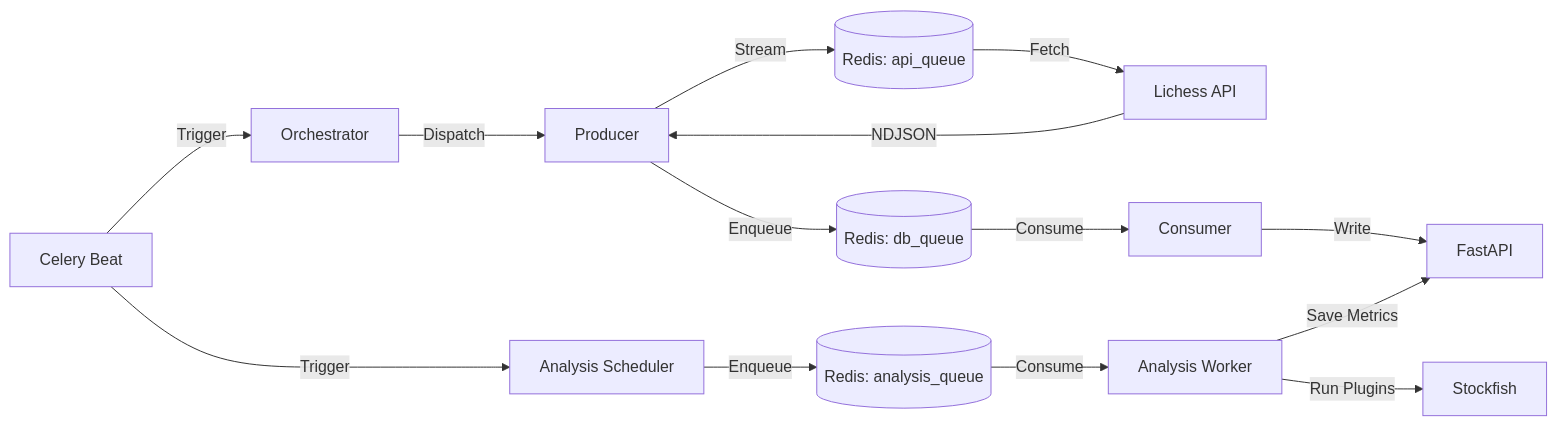
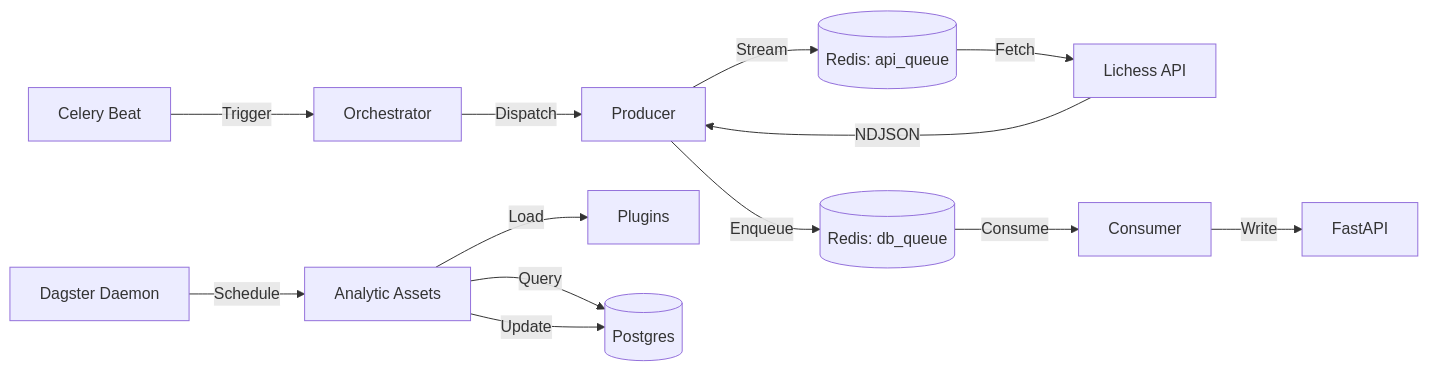
One commit to roaur/personal-backend changed the diagram in README.md. Above: the diagram before and after it, drawn with Mermaid. The commit also changed other lines of this file, not shown here.

Commit message:
docs: update system architecture and services

````diff
--- a/README.md
+++ b/README.md
@@ -34,17 +35,16 @@
 ```mermaid
 graph LR
     Beat[Celery Beat] -->|Trigger| Orch[Orchestrator]
     Orch -->|Dispatch| Prod[Producer]
     Prod -->|Stream| Q1[(Redis: api_queue)]
     Q1 -->|Fetch| Lichess[Lichess API]
     Lichess -->|NDJSON| Prod
     Prod -->|Enqueue| Q2[(Redis: db_queue)]
     Q2 -->|Consume| Cons[Consumer]
     Cons -->|Write| API[FastAPI]
     
-    Beat -->|Trigger| AnSched[Analysis Scheduler]
-    AnSched -->|Enqueue| Q3[(Redis: analysis_queue)]
-    Q3 -->|Consume| AnWork[Analysis Worker]
-    AnWork -->|Run Plugins| Stockfish
-    AnWork -->|Save Metrics| API
+    Dagster[Dagster Daemon] -->|Schedule| Assets[Analytic Assets]
+    Assets -->|Load| Plugins[Plugins]
+    Assets -->|Query| DB[(Postgres)]
+    Assets -->|Update| DB
 ```
````
